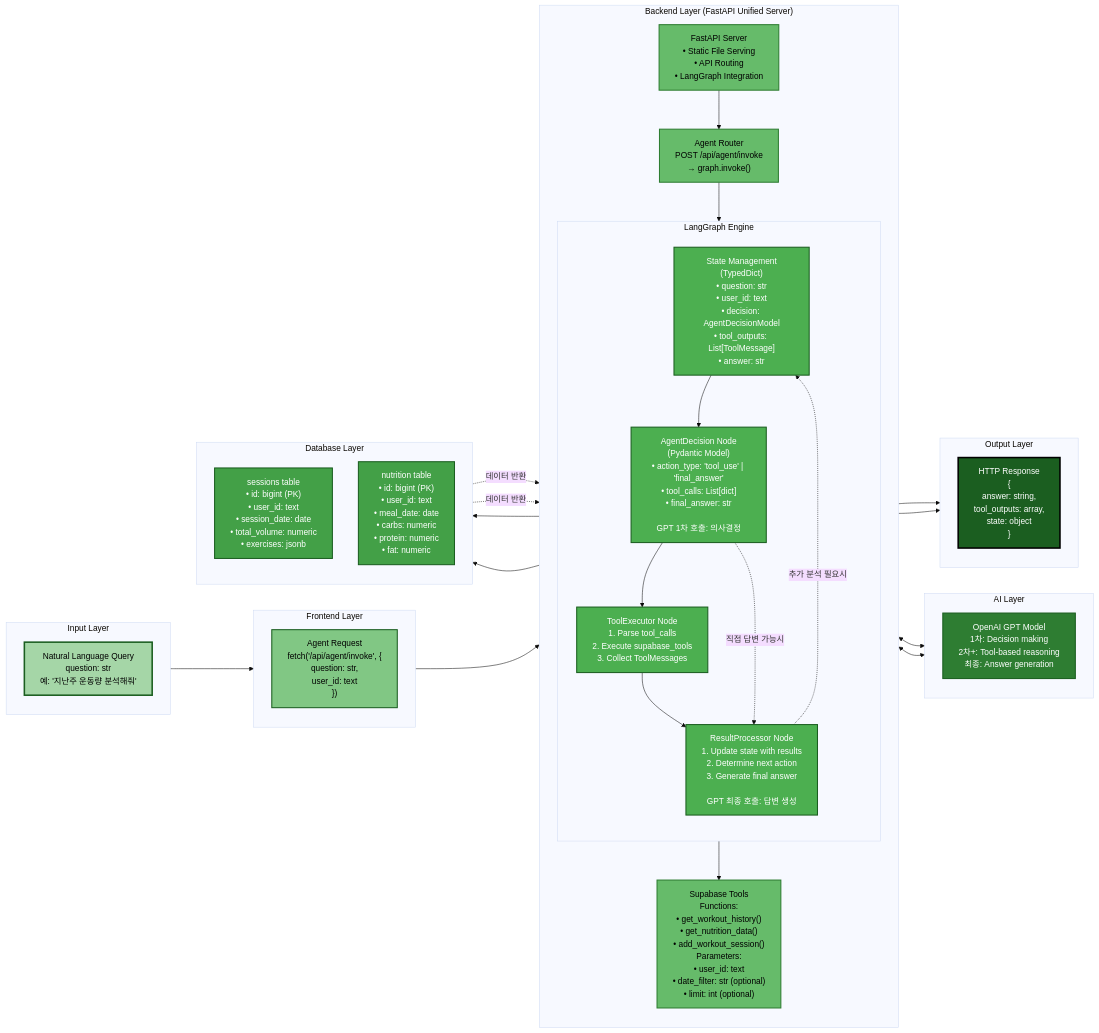
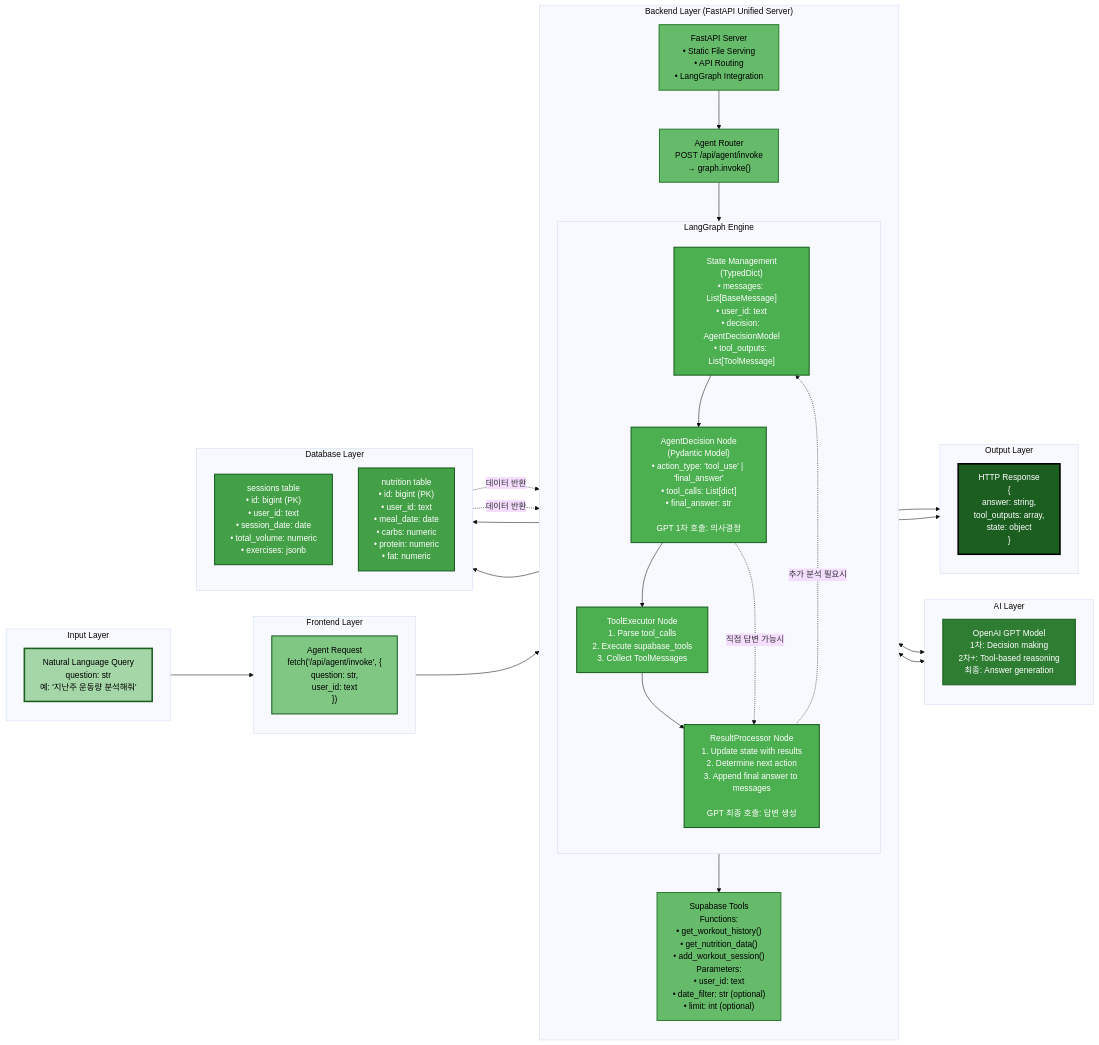
One commit to parkjihoon186/pjt-final-gaida changed the fourth of 4 diagrams in README.md. Above: the diagram before and after it, drawn with Mermaid (base theme). The commit also changed other lines of this file and 5 other files, not shown here.

```diff
--- a/README.md
+++ b/README.md
@@ -309,13 +309,13 @@
         
         subgraph LangGraph["LangGraph Engine"]
             direction TB
-            STATE["State Management<br/>(TypedDict)<br/>• question: str<br/>• user_id: text<br/>• decision: AgentDecisionModel<br/>• tool_outputs: List[ToolMessage]<br/>• answer: str"]
+            STATE["State Management<br/>(TypedDict)<br/>• messages: List[BaseMessage]<br/>• user_id: text<br/>• decision: AgentDecisionModel<br/>• tool_outputs: List[ToolMessage]"]
             
             DECISION["AgentDecision Node<br/>(Pydantic Model)<br/>• action_type: 'tool_use' | 'final_answer'<br/>• tool_calls: List[dict]<br/>• final_answer: str<br/><br/>GPT 1차 호출: 의사결정"]
             
             EXECUTOR["ToolExecutor Node<br/>1. Parse tool_calls<br/>2. Execute supabase_tools<br/>3. Collect ToolMessages"]
             
-            PROCESSOR["ResultProcessor Node<br/>1. Update state with results<br/>2. Determine next action<br/>3. Generate final answer<br/><br/>GPT 최종 호출: 답변 생성"]
+            PROCESSOR["ResultProcessor Node<br/>1. Update state with results<br/>2. Determine next action<br/>3. Append final answer to messages<br/><br/>GPT 최종 호출: 답변 생성"]
         end
         
         TOOLS["Supabase Tools<br/>Functions:<br/>• get_workout_history()<br/>• get_nutrition_data()<br/>• add_workout_session()<br/>Parameters:<br/>• user_id: text<br/>• date_filter: str (optional)<br/>• limit: int (optional)"]
```
